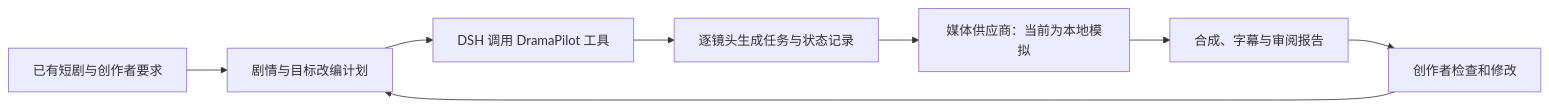
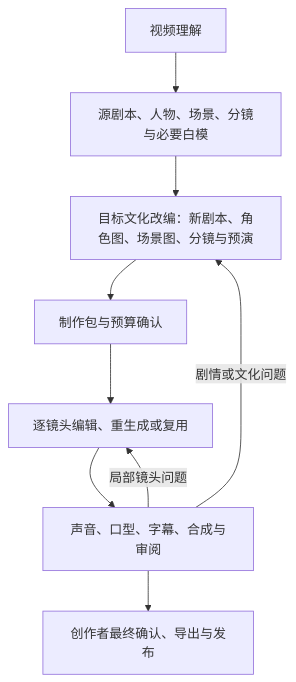
Before and after one commit to tanweiping1012-source/DramaPilot: the diagram in README.md, drawn with Mermaid. The commit also changed other lines of this file and 6 other files, not shown here.

Commit message:
docs: define v0.3 adaptation workflow and implementation roadmap

````diff
--- a/README.md
+++ b/README.md
@@ -57,10 +66,11 @@
 ```mermaid
-flowchart LR
-    A[已有短剧与创作者要求] --> B[剧情与目标改编计划]
-    B --> C[DSH 调用 DramaPilot 工具]
-    C --> D[逐镜头生成任务与状态记录]
-    D --> E[媒体供应商：当前为本地模拟]
-    E --> F[合成、字幕与审阅报告]
-    F --> G[创作者检查和修改]
-    G --> B
+flowchart TD
+    A[视频理解] --> B[源剧本、人物、场景、分镜与必要白模]
+    B --> C[目标文化改编：新剧本、角色图、场景图、分镜与预演]
+    C --> D[制作包与预算确认]
+    D --> E[逐镜头编辑、重生成或复用]
+    E --> F[声音、口型、字幕、合成与审阅]
+    F --> G[创作者最终确认、导出与发布]
+    F -->|局部镜头问题| E
+    F -->|剧情或文化问题| C
 ```
````
